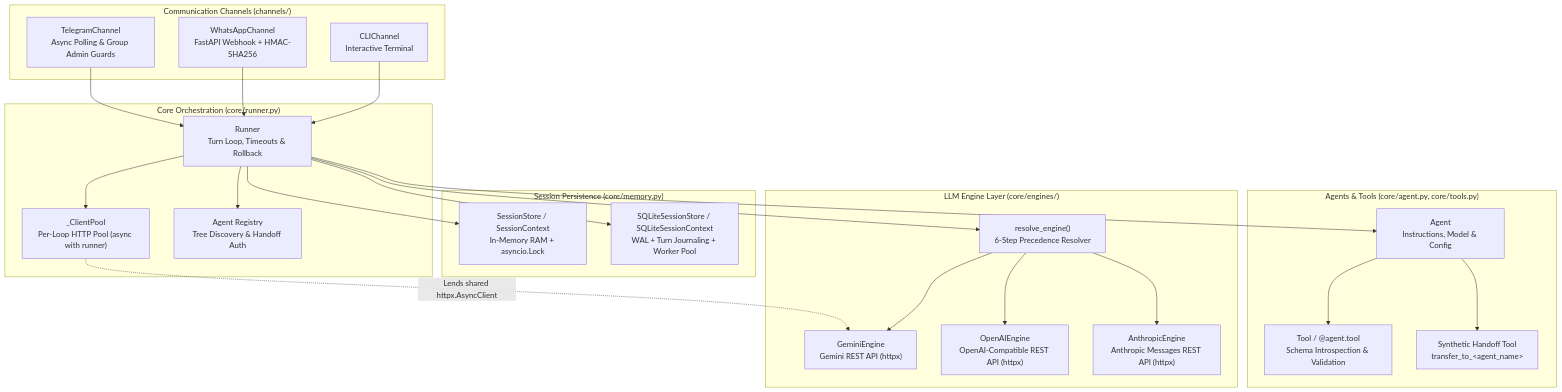
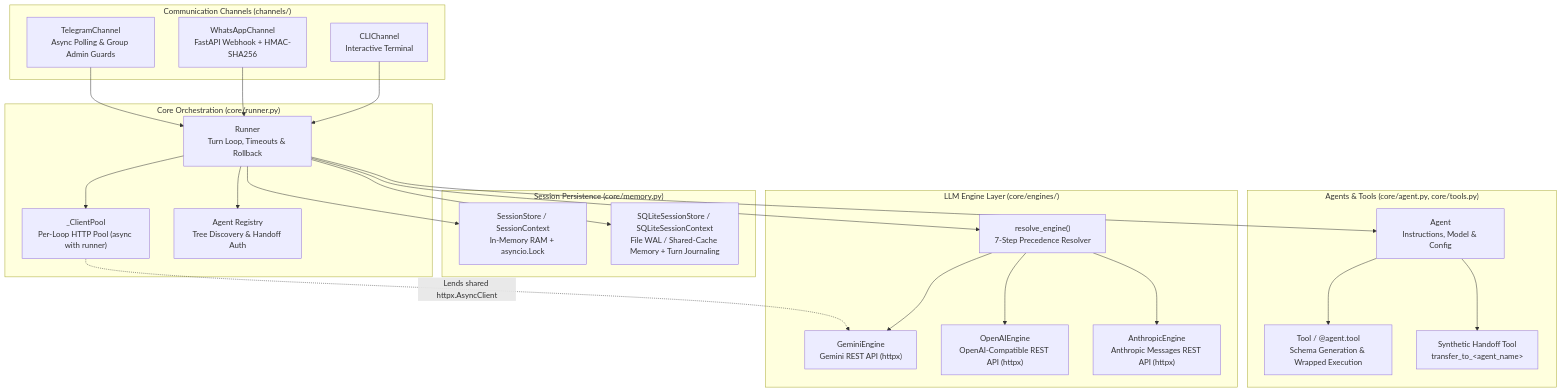
The first of 2 diagrams in docs/ARCHITECTURE.md (Aaqibhafeezkhan/chatflow-agent), drawn with Mermaid before and after one commit. The commit also changed other lines of this file and 1 other file, not shown here.

First line of the commit message:
docs(architecture): align bilingual architecture documentation with implementation (#159)

````diff
--- a/docs/ARCHITECTURE.md
+++ b/docs/ARCHITECTURE.md
@@ -25,51 +23,51 @@
 ```mermaid
 flowchart TD
     subgraph Channels["Communication Channels (channels/)"]
         CLI["CLIChannel<br/>Interactive Terminal"]
         WA["WhatsAppChannel<br/>FastAPI Webhook + HMAC-SHA256"]
         TG["TelegramChannel<br/>Async Polling & Group Admin Guards"]
     end
 
     subgraph Orchestration["Core Orchestration (core/runner.py)"]
         Runner["Runner<br/>Turn Loop, Timeouts & Rollback"]
         Pool["_ClientPool<br/>Per-Loop HTTP Pool (async with runner)"]
         Registry["Agent Registry<br/>Tree Discovery & Handoff Auth"]
     end
 
     subgraph Memory["Session Persistence (core/memory.py)"]
         MemStore["SessionStore / SessionContext<br/>In-Memory RAM + asyncio.Lock"]
-        SQLStore["SQLiteSessionStore / SQLiteSessionContext<br/>WAL + Turn Journaling + Worker Pool"]
+        SQLStore["SQLiteSessionStore / SQLiteSessionContext<br/>File WAL / Shared-Cache Memory + Turn Journaling"]
     end
 
     subgraph Agents["Agents & Tools (core/agent.py, core/tools.py)"]
         Agent["Agent<br/>Instructions, Model & Config"]
-        Tool["Tool / @agent.tool<br/>Schema Introspection & Validation"]
+        Tool["Tool / @agent.tool<br/>Schema Generation & Wrapped Execution"]
         Handoff["Synthetic Handoff Tool<br/>transfer_to_&lt;agent_name&gt;"]
     end
 
     subgraph Engines["LLM Engine Layer (core/engines/)"]
-        Factory["resolve_engine()<br/>6-Step Precedence Resolver"]
+        Factory["resolve_engine()<br/>7-Step Precedence Resolver"]
         Gemini["GeminiEngine<br/>Gemini REST API (httpx)"]
         OpenAI["OpenAIEngine<br/>OpenAI-Compatible REST API (httpx)"]
         Anthropic["AnthropicEngine<br/>Anthropic Messages REST API (httpx)"]
     end
 
     CLI --> Runner
     WA --> Runner
     TG --> Runner
 
     Runner --> Pool
     Runner --> Registry
     Runner --> MemStore
     Runner --> SQLStore
     Runner --> Agent
 
     Agent --> Tool
     Agent --> Handoff
     Runner --> Factory
 
     Factory --> Gemini
     Factory --> OpenAI
     Factory --> Anthropic
     Pool -.->|"Lends shared httpx.AsyncClient"| Gemini
 ```
````
